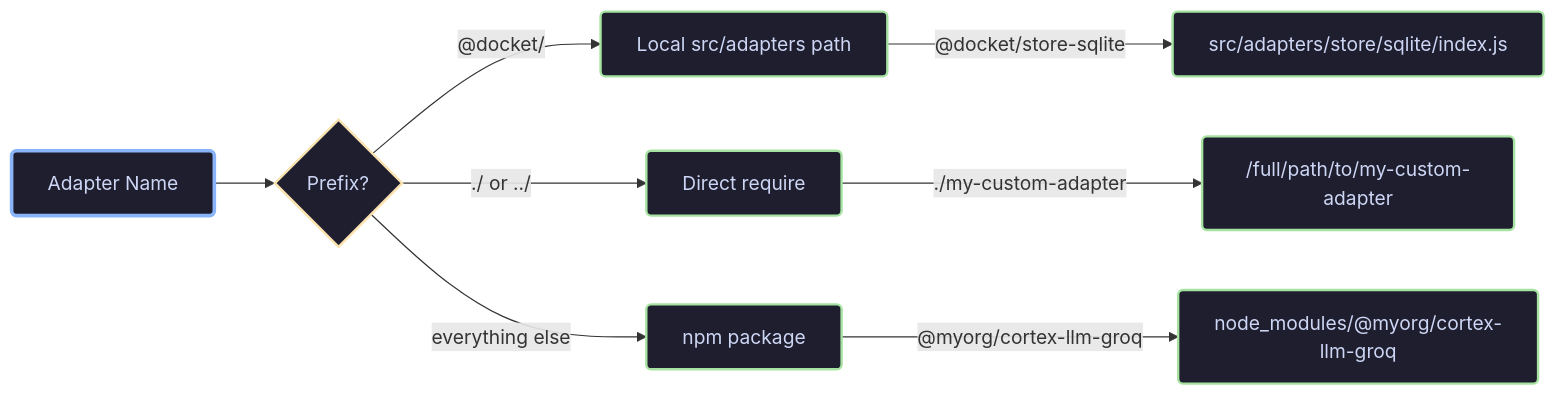
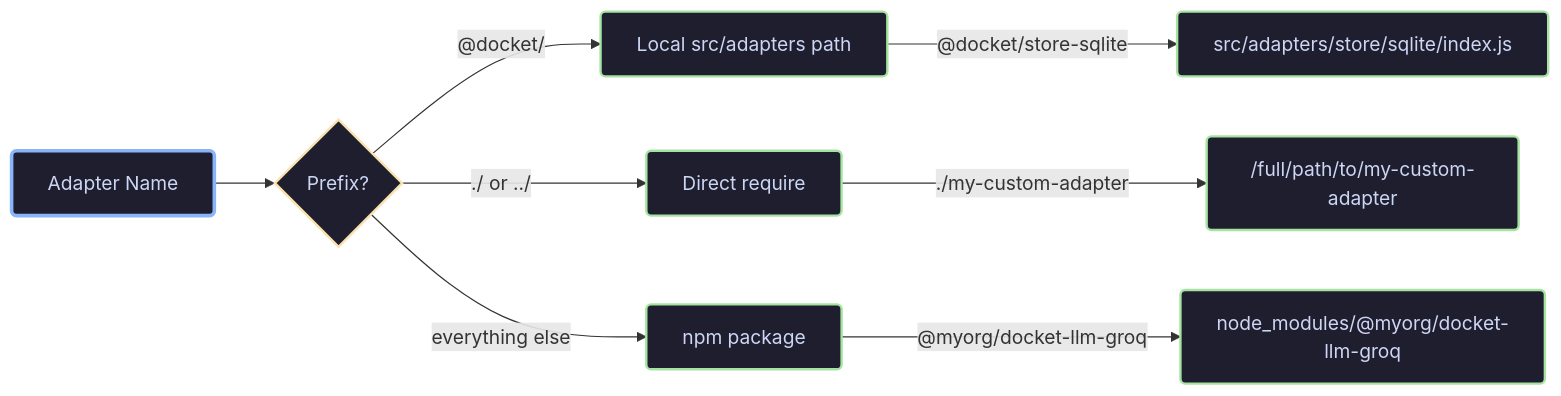
Before and after one commit to revanth0212/docket: the second of 3 diagrams in docs/content/docs/developers/architecture/adapter-architecture.mdx, drawn with Mermaid. The commit also changed other lines of this file and 77 other files, not shown here.

````diff
--- a/docs/content/docs/developers/architecture/adapter-architecture.mdx
+++ b/docs/content/docs/developers/architecture/adapter-architecture.mdx
@@ -89,19 +89,19 @@
 ```mermaid
 flowchart LR
     A["Adapter Name"] --> B{"Prefix?"}
     B -->|"@docket/"| C["Local src/adapters path"]
     B -->|"./ or ../"| D["Direct require"]
     B -->|"everything else"| E["npm package"]
     C -->|"@docket/store-sqlite"| F["src/adapters/store/sqlite/index.js"]
     D -->|"./my-custom-adapter"| G["/full/path/to/my-custom-adapter"]
-    E -->|"@myorg/cortex-llm-groq"| H["node_modules/@myorg/cortex-llm-groq"]
+    E -->|"@myorg/docket-llm-groq"| H["node_modules/@myorg/docket-llm-groq"]
 
     classDef default fill:#1e1e2e,stroke:#45475a,stroke-width:2px,color:#cdd6f4,rx:4,ry:4
     classDef input stroke:#89b4fa,stroke-width:3px
     classDef decision stroke:#f9e2af,stroke-width:2px
     classDef output stroke:#a6e3a1,stroke-width:2px
 
     class A input
     class B decision
     class C,D,E,F,G,H output
 ```
````
